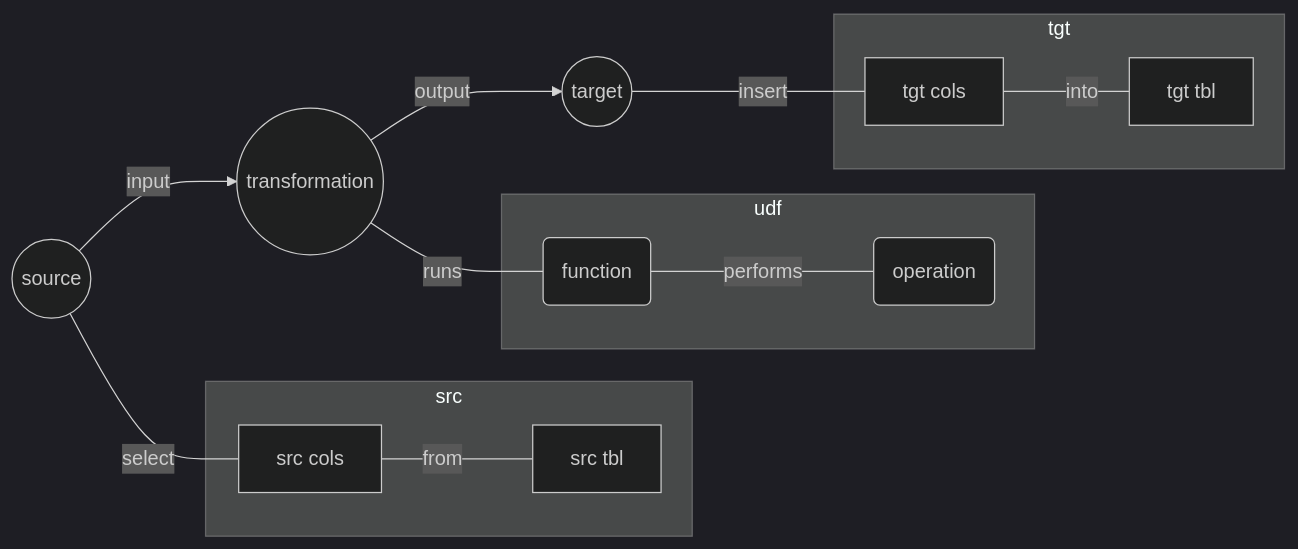
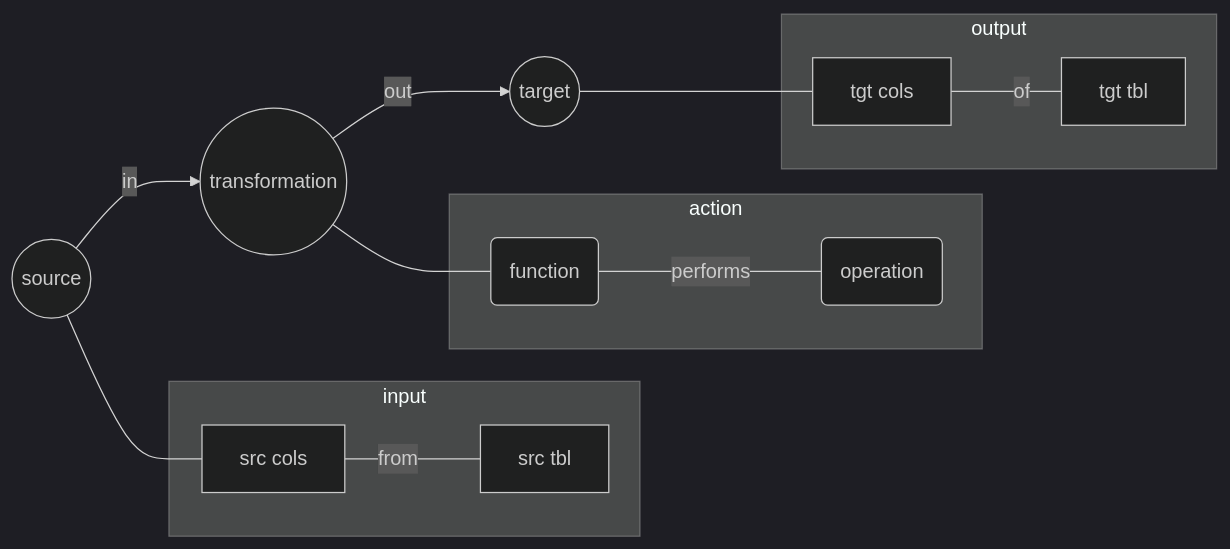
Before and after one commit to Heinzad/heinzad.github.io: the first of 3 diagrams in _posts/2022-11-02-column-transformations-with-t-sql.md, drawn with Mermaid (dark theme).

````diff
--- a/_posts/2022-11-02-column-transformations-with-t-sql.md
+++ b/_posts/2022-11-02-column-transformations-with-t-sql.md
@@ -33,23 +33,23 @@
 ```mermaid 
 graph LR; 
-S((source)) -- input --> X((transformation)) 
-S -- select --- SC[src cols] 
+S((source)) -- in --> X((transformation)) 
+X -- out --> T((target))
+S --- SC[src cols] 
 SC -- from --- ST[src tbl]   
-X -- output --> T((target)) 
-X -- runs --- XF(function) 
+X --- XF(function) 
 XF -- performs --- XO(operation) 
-T -- insert --- TC[tgt cols]  
-TC -- into --- TT[tgt tbl]
-subgraph src 
+T --- TC[tgt cols]  
+TC -- of --- TT[tgt tbl]
+subgraph input  
 SC
 ST
 end 
-subgraph udf 
+subgraph action  
 XF 
 XO
 end
-subgraph tgt 
+subgraph output 
 TC
 TT 
 end 
 ``` 
````
